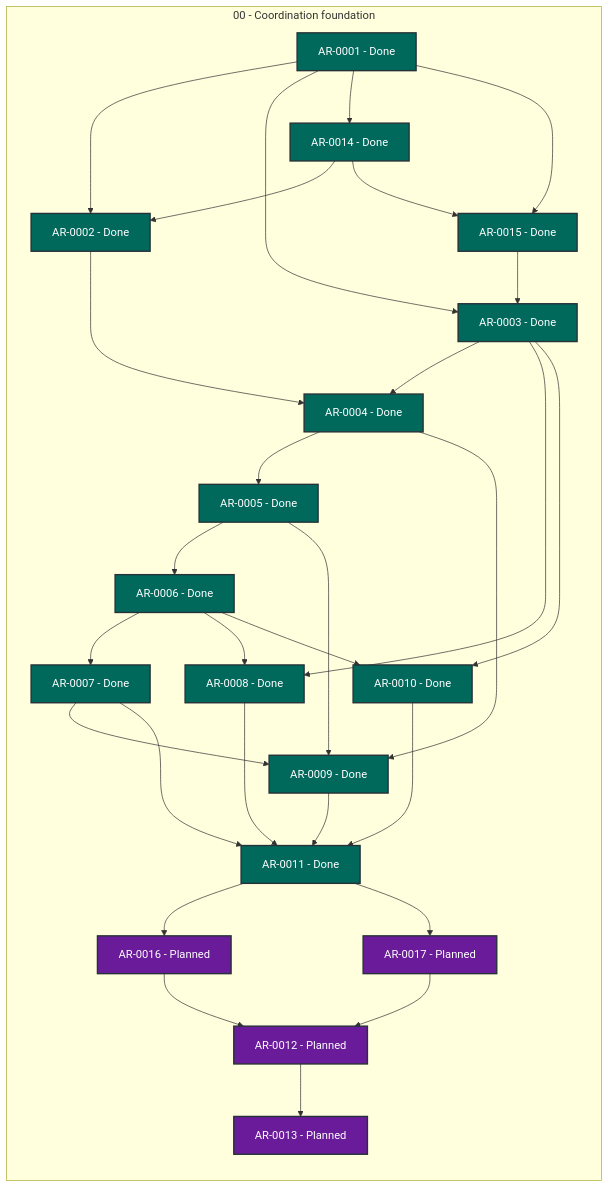
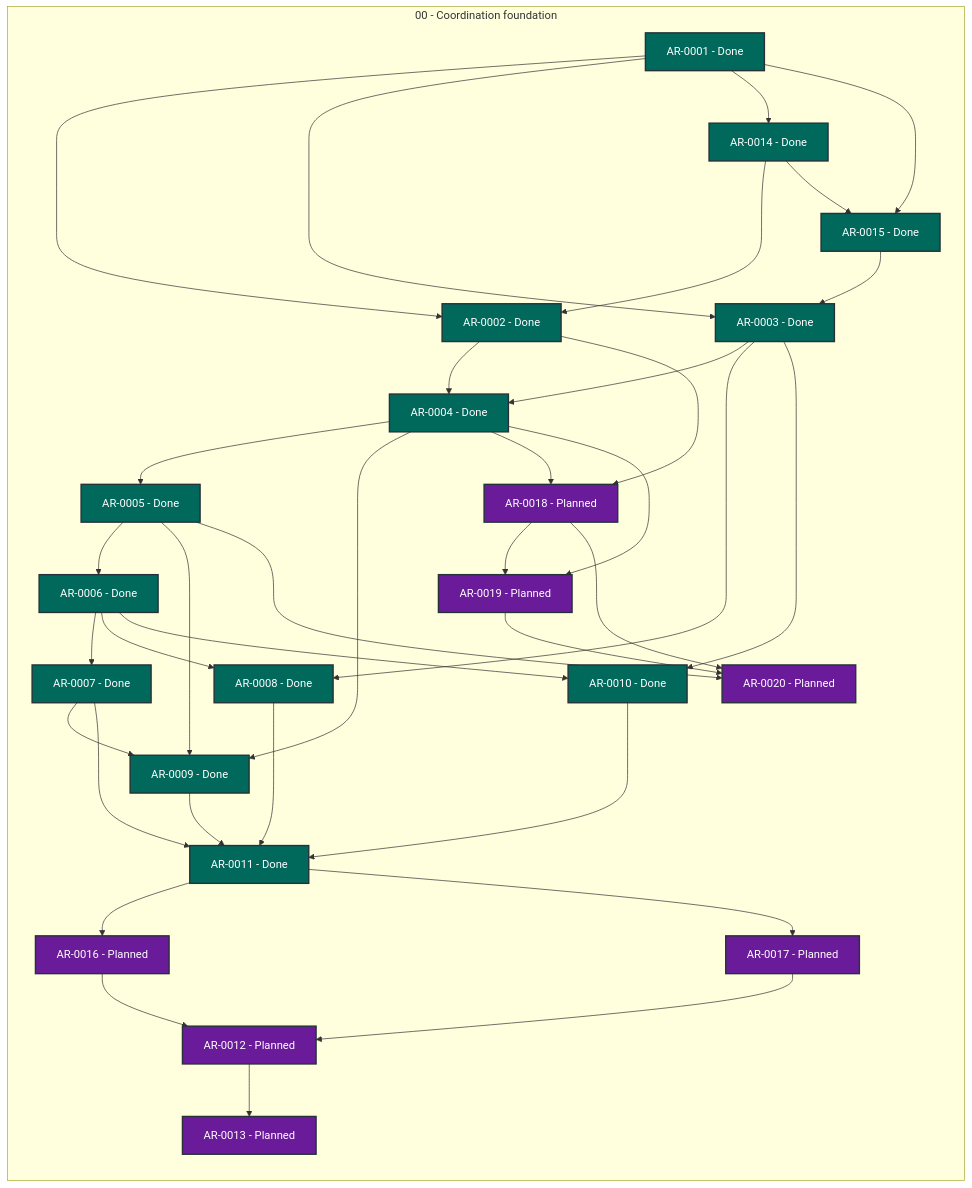
Before and after one commit to martin-beck/agent-workflow-tui-state: the diagram in STATUS.md, drawn with Mermaid. The commit also changed other lines of this file and 1 other file, not shown here.

````diff
--- a/STATUS.md
+++ b/STATUS.md
@@ -27,59 +27,69 @@
 ```mermaid
 flowchart LR
     subgraph series_00["00 - Coordination foundation"]
         direction TB
         AR_0001["AR-0001 - Done"]:::status_done
         AR_0002["AR-0002 - Done"]:::status_done
         AR_0003["AR-0003 - Done"]:::status_done
         AR_0004["AR-0004 - Done"]:::status_done
         AR_0005["AR-0005 - Done"]:::status_done
         AR_0006["AR-0006 - Done"]:::status_done
         AR_0007["AR-0007 - Done"]:::status_done
         AR_0008["AR-0008 - Done"]:::status_done
         AR_0009["AR-0009 - Done"]:::status_done
         AR_0010["AR-0010 - Done"]:::status_done
         AR_0011["AR-0011 - Done"]:::status_done
         AR_0012["AR-0012 - Planned"]:::status_planned
         AR_0013["AR-0013 - Planned"]:::status_planned
         AR_0014["AR-0014 - Done"]:::status_done
         AR_0015["AR-0015 - Done"]:::status_done
         AR_0016["AR-0016 - Planned"]:::status_planned
         AR_0017["AR-0017 - Planned"]:::status_planned
+        AR_0018["AR-0018 - Planned"]:::status_planned
+        AR_0019["AR-0019 - Planned"]:::status_planned
+        AR_0020["AR-0020 - Planned"]:::status_planned
     end
     AR_0001 --> AR_0002
     AR_0001 --> AR_0003
     AR_0001 --> AR_0014
     AR_0001 --> AR_0015
     AR_0002 --> AR_0004
+    AR_0002 --> AR_0018
     AR_0003 --> AR_0004
     AR_0003 --> AR_0008
     AR_0003 --> AR_0010
     AR_0004 --> AR_0005
     AR_0004 --> AR_0009
+    AR_0004 --> AR_0018
+    AR_0004 --> AR_0019
     AR_0005 --> AR_0006
     AR_0005 --> AR_0009
+    AR_0005 --> AR_0020
     AR_0006 --> AR_0007
     AR_0006 --> AR_0008
     AR_0006 --> AR_0010
     AR_0007 --> AR_0009
     AR_0007 --> AR_0011
     AR_0008 --> AR_0011
     AR_0009 --> AR_0011
     AR_0010 --> AR_0011
     AR_0011 --> AR_0016
     AR_0011 --> AR_0017
     AR_0012 --> AR_0013
     AR_0014 --> AR_0002
     AR_0014 --> AR_0015
     AR_0015 --> AR_0003
     AR_0016 --> AR_0012
     AR_0017 --> AR_0012
+    AR_0018 --> AR_0019
+    AR_0018 --> AR_0020
+    AR_0019 --> AR_0020
     classDef status_in_progress fill:#1565c0,color:#ffffff,stroke:#263238,stroke-width:2px
     classDef status_open fill:#2e7d32,color:#ffffff,stroke:#263238,stroke-width:2px
     classDef status_blocked fill:#c62828,color:#ffffff,stroke:#263238,stroke-width:2px
     classDef status_planned fill:#6a1b9a,color:#ffffff,stroke:#263238,stroke-width:2px
     classDef status_future fill:#455a64,color:#ffffff,stroke:#263238,stroke-width:2px
     classDef status_done fill:#00695c,color:#ffffff,stroke:#263238,stroke-width:2px
     classDef status_cancelled fill:#616161,color:#ffffff,stroke:#263238,stroke-width:2px
     classDef status_superseded fill:#5d4037,color:#ffffff,stroke:#263238,stroke-width:2px
 ```
````
